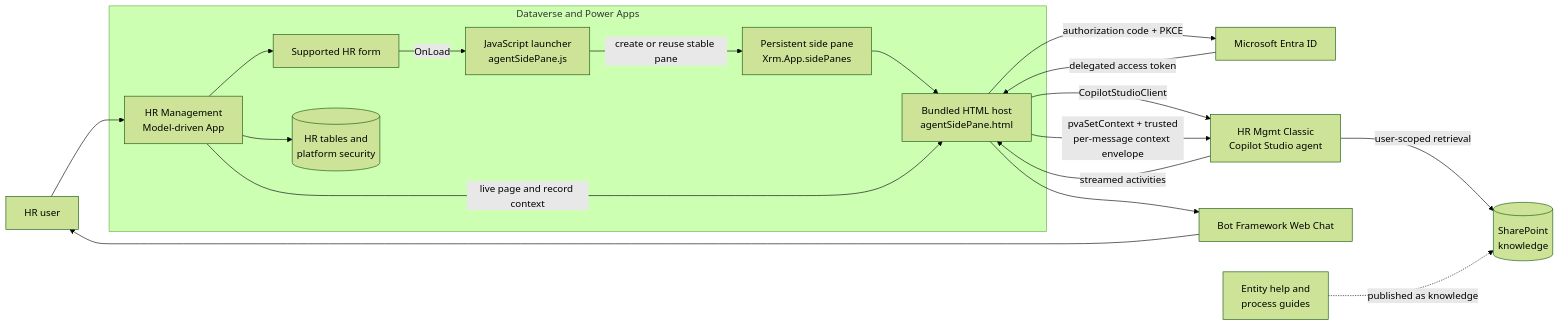
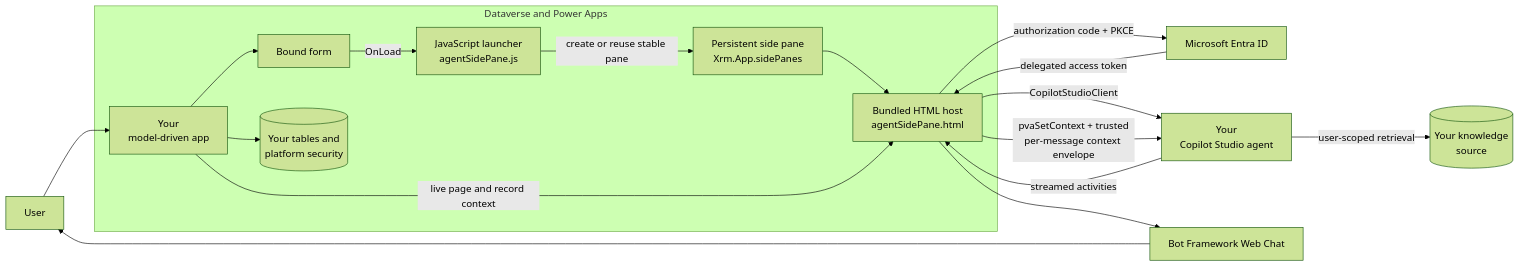
The first of 2 diagrams in README.md (CooperSurgicalCommercialWebEngineering/CustomAgentSidecarMDA), drawn with Mermaid (forest theme) before and after one commit. The commit also changed other lines of this file, not shown here.

First line of the commit message:
docs(readme): reposition as a reusable Agent Sidecar for any model-driven app

````diff
--- a/README.md
+++ b/README.md
@@ -48,24 +57,22 @@
 ```mermaid
 flowchart LR
-	User[HR user] --> MDA[HR Management<br/>Model-driven App]
+	User[User] --> MDA[Your<br/>model-driven app]
 
 	subgraph Dataverse[Dataverse and Power Apps]
-		MDA --> Form[Supported HR form]
+		MDA --> Form[Bound form]
 		Form -->|OnLoad| Launcher[JavaScript launcher<br/>agentSidePane.js]
 		Launcher -->|create or reuse stable pane| Pane[Persistent side pane<br/>Xrm.App.sidePanes]
 		Pane --> Host[Bundled HTML host<br/>agentSidePane.html]
 		MDA -->|live page and record context| Host
-		MDA --> HRData[(HR tables and<br/>platform security)]
+		MDA --> Data[(Your tables and<br/>platform security)]
 	end
 
 	Host -->|authorization code + PKCE| Entra[Microsoft Entra ID]
 	Entra -->|delegated access token| Host
-	Host -->|CopilotStudioClient| Agent[HR Mgmt Classic<br/>Copilot Studio agent]
+	Host -->|CopilotStudioClient| Agent[Your<br/>Copilot Studio agent]
 	Host -->|pvaSetContext + trusted<br/>per-message context envelope| Agent
-	Agent -->|user-scoped retrieval| SharePoint[(SharePoint<br/>knowledge)]
+	Agent -->|user-scoped retrieval| Knowledge[(Your knowledge<br/>source)]
 	Agent -->|streamed activities| Host
 	Host --> WebChat[Bot Framework Web Chat]
 	WebChat --> User
-
-	Docs[Entity help and<br/>process guides] -. published as knowledge .-> SharePoint
 ```
````
